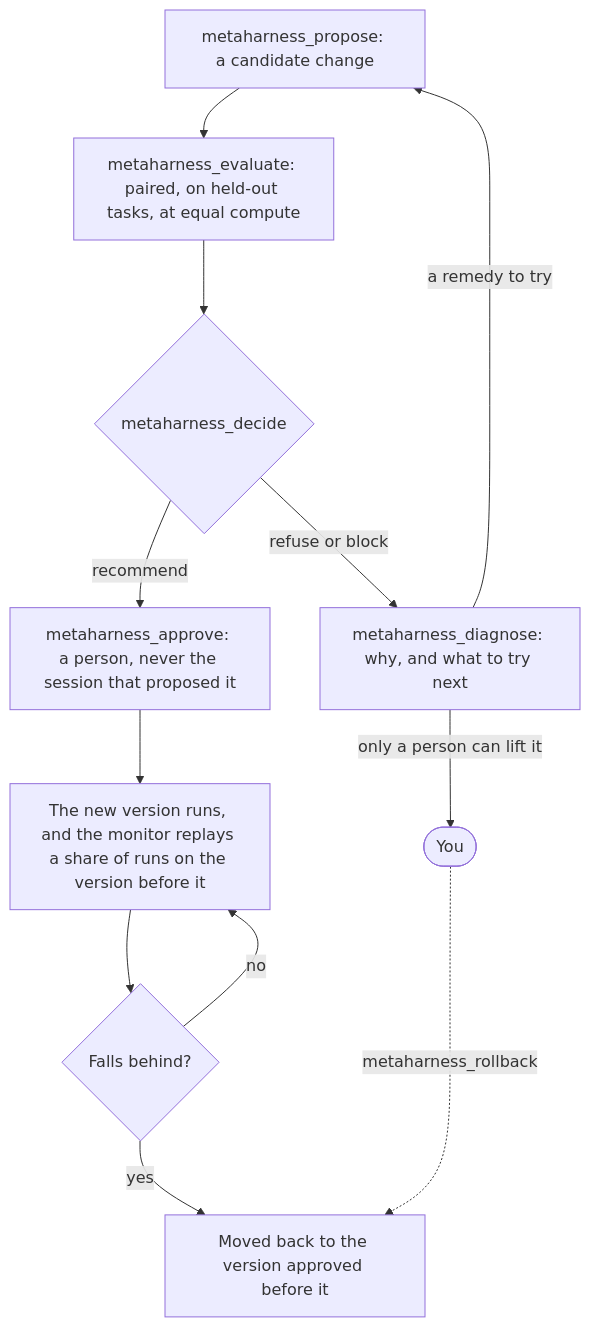
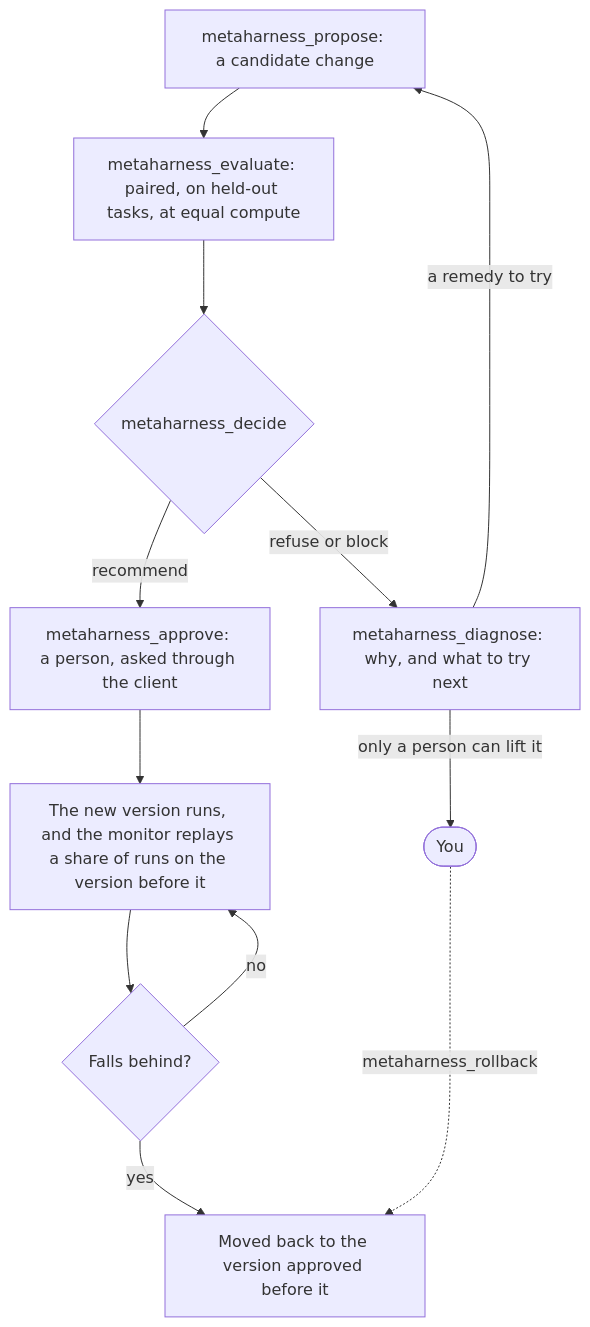
The seventh of 9 diagrams in web/content/guide.md (basicisabc1994/g6solver), drawn with Mermaid before and after one commit. The commit also changed other lines of this file and 453 other files, not shown here.

````diff
--- a/web/content/guide.md
+++ b/web/content/guide.md
@@ -389,14 +389,14 @@
 ```mermaid The meta-harness loop: a change counts only after it wins on held-out tasks, passes the gate and a person approves it. A refusal comes with a recovery plan.
 flowchart TD
     propose["metaharness_propose: a candidate change"] --> evaluate["metaharness_evaluate: paired, on held-out tasks, at equal compute"]
     evaluate --> gate{"metaharness_decide"}
-    gate -->|recommend| approve["metaharness_approve: a person, never the session that proposed it"]:::approve
+    gate -->|recommend| approve["metaharness_approve: a person, asked through the client"]:::approve
     gate -->|refuse or block| diagnose["metaharness_diagnose: why, and what to try next"]
     diagnose -->|a remedy to try| propose
     diagnose -->|only a person can lift it| you(["You"])
     approve --> live["The new version runs, and the monitor replays a share of runs on the version before it"]
     live --> monitor{"Falls behind?"}
     monitor -->|no| live
     monitor -->|yes| rollback["Moved back to the version approved before it"]:::stop
     you -.->|metaharness_rollback| rollback
 ```
````
